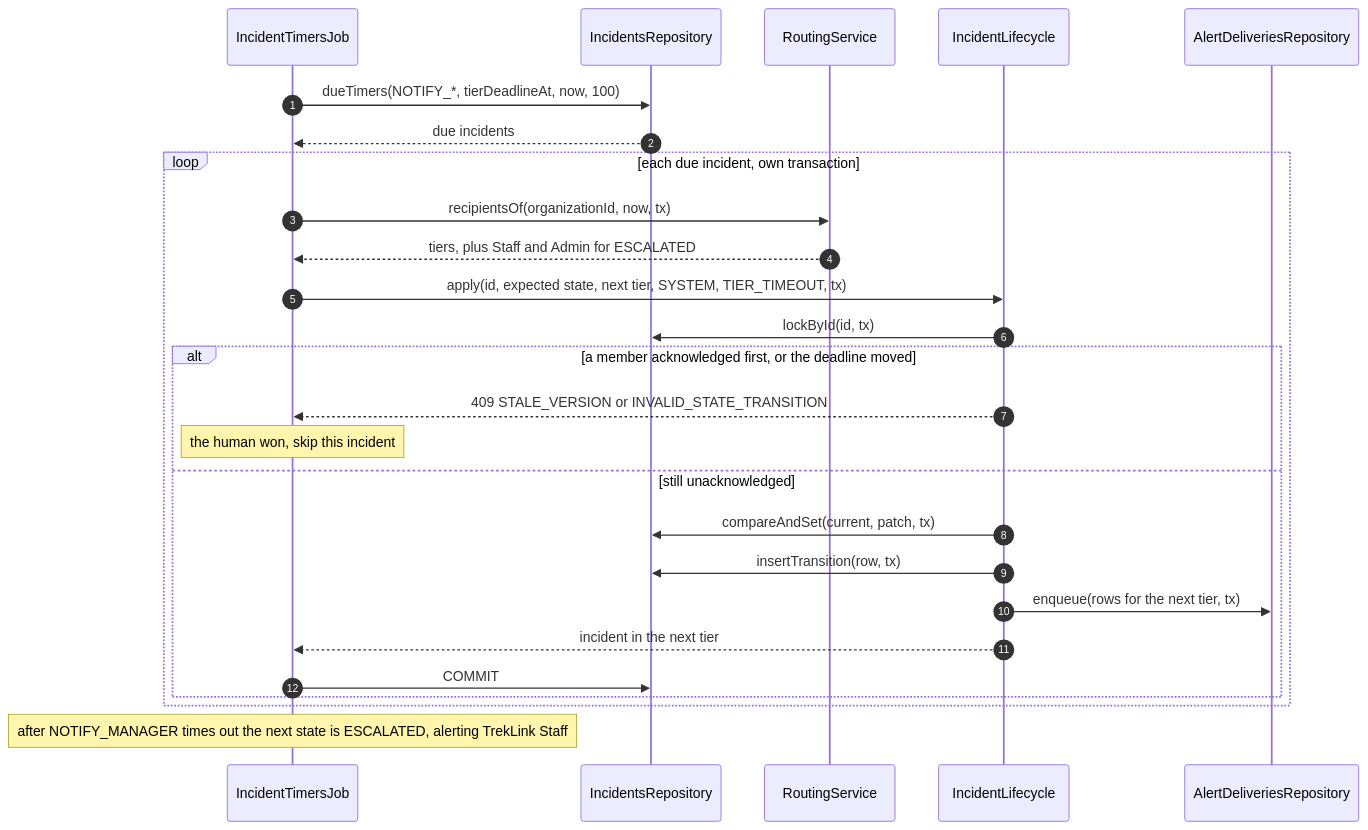
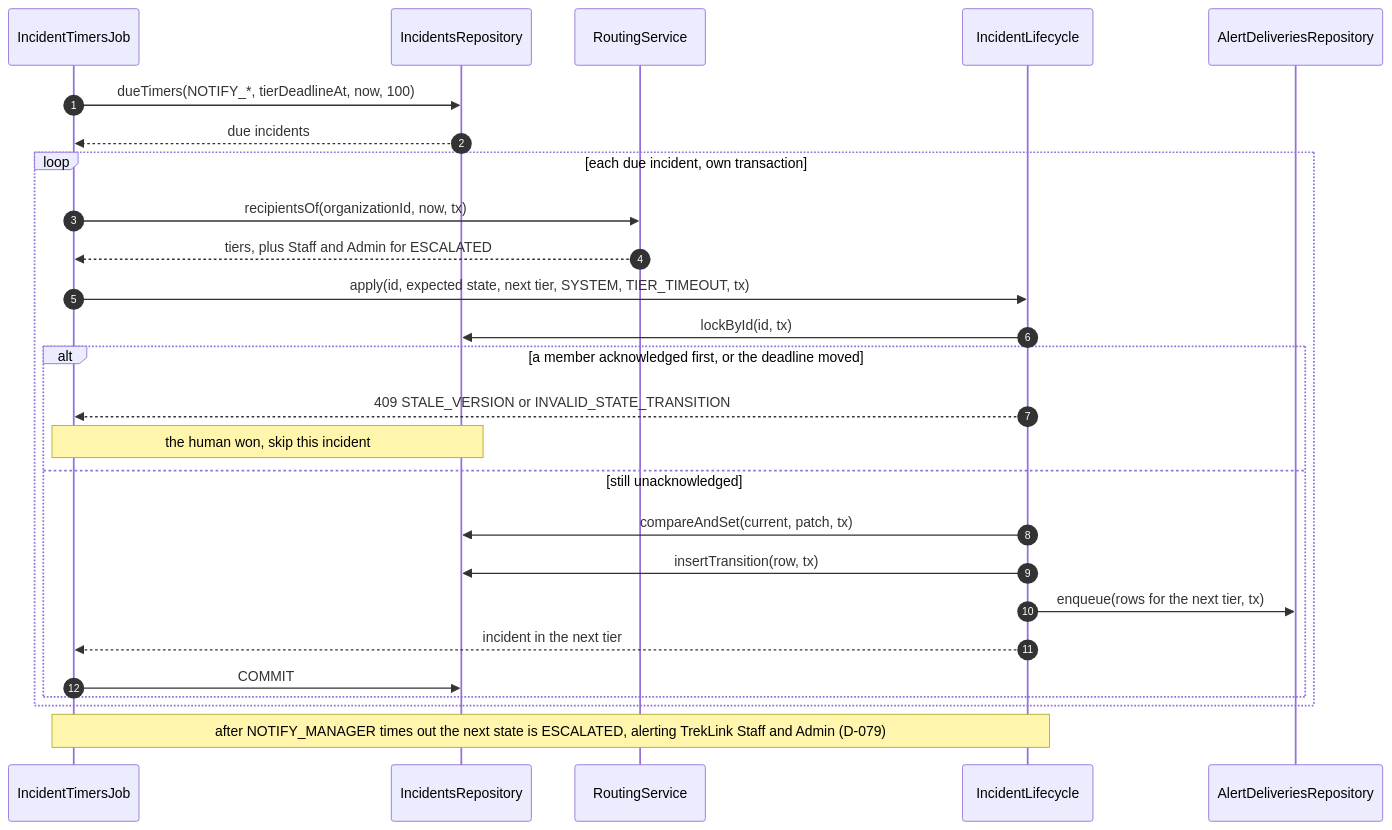
One commit to TrekLink-Team/treklink-web changed the seventh of 10 diagrams in specs/incidents/design.md. Above: the diagram before and after it, drawn with Mermaid. The commit also changed other lines of this file, not shown here.

Commit message:
docs: widen the clipped notes of incidents Figures 6 and 7 and name Staff and Admin
Checksum: 10af64387722e10d63d798bea578d849519662338d660097376cf8daed126b15b9

````diff
--- a/specs/incidents/design.md
+++ b/specs/incidents/design.md
@@ -460,28 +460,28 @@
 ```mermaid
 sequenceDiagram
     autonumber
     participant J as IncidentTimersJob
     participant R as IncidentsRepository
     participant Ro as RoutingService
     participant L as IncidentLifecycle
     participant Ob as AlertDeliveriesRepository
     J->>R: dueTimers(NOTIFY_*, tierDeadlineAt, now, 100)
     R-->>J: due incidents
     loop each due incident, own transaction
         J->>Ro: recipientsOf(organizationId, now, tx)
         Ro-->>J: tiers, plus Staff and Admin for ESCALATED
         J->>L: apply(id, expected state, next tier, SYSTEM, TIER_TIMEOUT, tx)
         L->>R: lockById(id, tx)
         alt a member acknowledged first, or the deadline moved
             L-->>J: 409 STALE_VERSION or INVALID_STATE_TRANSITION
-            Note over J: the human won, skip this incident
+            Note over J,R: the human won, skip this incident
         else still unacknowledged
             L->>R: compareAndSet(current, patch, tx)
             L->>R: insertTransition(row, tx)
             L->>Ob: enqueue(rows for the next tier, tx)
             L-->>J: incident in the next tier
             J->>R: COMMIT
         end
     end
-    Note over J: after NOTIFY_MANAGER times out the next state is ESCALATED, alerting TrekLink Staff
+    Note over J,L: after NOTIFY_MANAGER times out the next state is ESCALATED, alerting TrekLink Staff and Admin (D-079)
 ```
````
